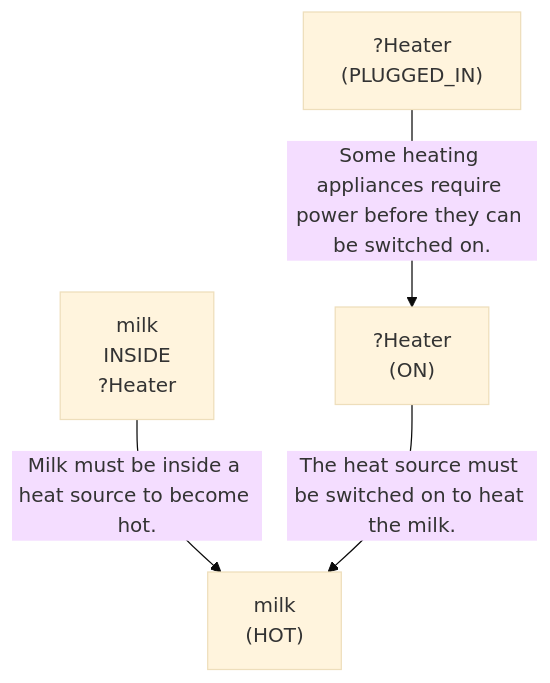
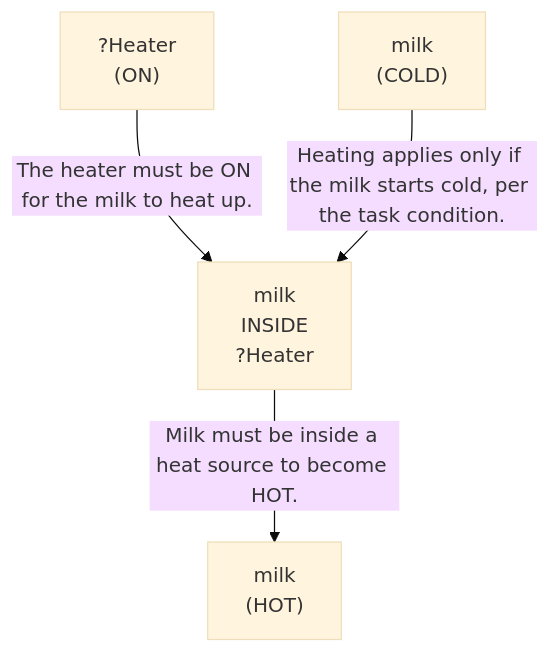
One commit to scuama/virtualhome changed the fifth of 12 diagrams in evaluation/results/table3/robostate/runs/without_memory/M3_15/run_T3_without_memory_M3_15.md. Above: the diagram before and after it, drawn with Mermaid (base theme). The commit also changed other lines of this file and 507 other files, not shown here.

````diff
--- a/evaluation/results/table3/robostate/runs/without_memory/M3_15/run_T3_without_memory_M3_15.md
+++ b/evaluation/results/table3/robostate/runs/without_memory/M3_15/run_T3_without_memory_M3_15.md
@@ -320,10 +341,10 @@
 ```mermaid
 graph TD
     N1["milk<br>(HOT)"]
-    N2["?Heater<br>(ON)"]
-    N3["?Heater<br>(PLUGGED_IN)"]
-    N4["milk<br>INSIDE<br>?Heater"]
-    N4 -->|"Milk must be inside a heat source to become hot."| N1
-    N2 -->|"The heat source must be switched on to heat the milk."| N1
-    N3 -->|"Some heating appliances require power before they can be switched on."| N2
+    N2["milk<br>INSIDE<br>?Heater"]
+    N3["?Heater<br>(ON)"]
+    N4["milk<br>(COLD)"]
+    N2 -->|"Milk must be inside a heat source to become HOT."| N1
+    N3 -->|"The heater must be ON for the milk to heat up."| N2
+    N4 -->|"Heating applies only if the milk starts cold, per the task condition."| N2
 ```
````
